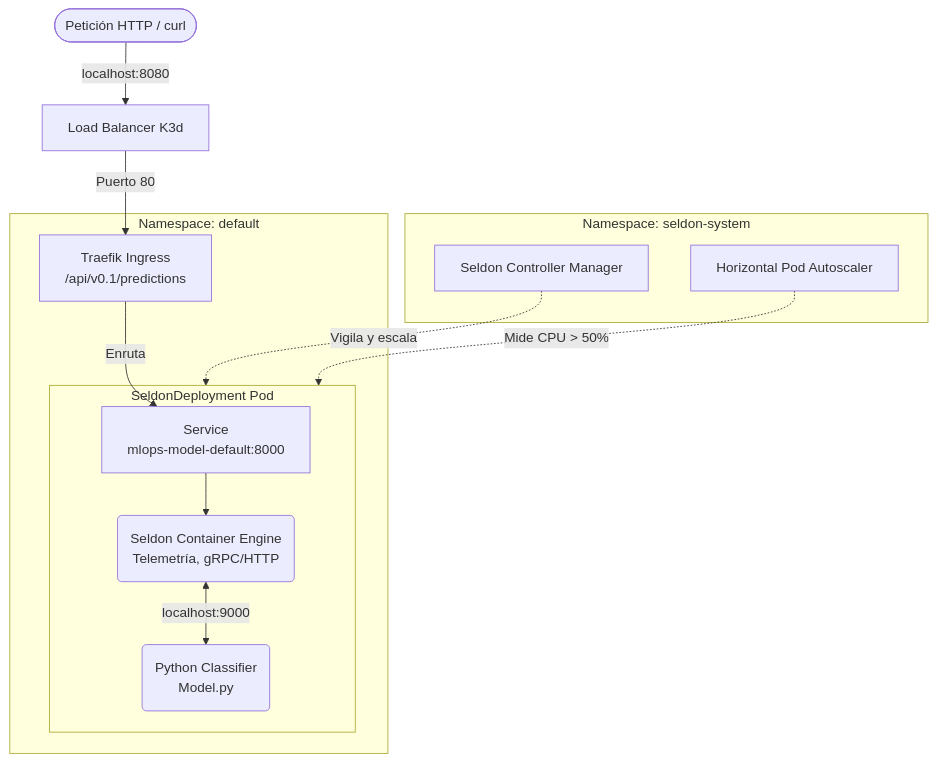
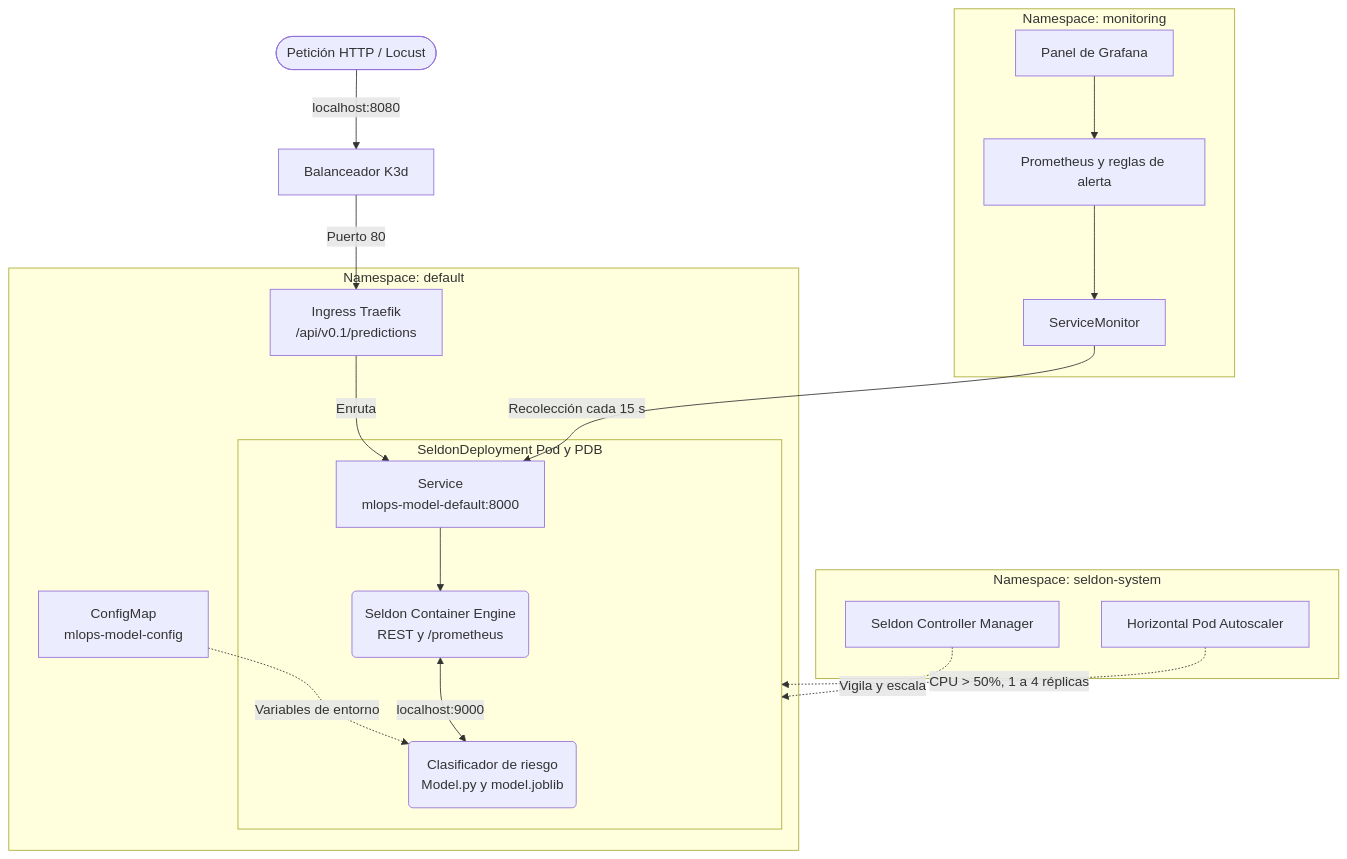
Before and after one commit to alvvos/K3d-Seldon-MLops-Drift: the first of 2 diagrams in README.md, drawn with Mermaid. The commit also changed other lines of this file and 33 other files, not shown here.

````diff
--- a/README.md
+++ b/README.md
@@ -11,19 +44,26 @@
 ```mermaid
 graph TD
-    Client([Petición HTTP / curl]) -->|localhost:8080| LB[Load Balancer K3d]
-    LB -->|Puerto 80| Ingress[Traefik Ingress<br/>/api/v0.1/predictions]
-    
+    Client([Petición HTTP / Locust]) -->|localhost:8080| LB[Balanceador K3d]
+    LB -->|Puerto 80| Ingress[Ingress Traefik<br/>/api/v0.1/predictions]
+
     subgraph K3d Cluster [Namespace: default]
+        ConfigMap[ConfigMap<br/>mlops-model-config] -.->|Variables de entorno| Model
         Ingress -->|Enruta| Service[Service<br/>mlops-model-default:8000]
-        
-        subgraph Pod [SeldonDeployment Pod]
-            Service --> Sidecar(Seldon Container Engine<br/>Telemetría, gRPC/HTTP)
-            Sidecar <-->|localhost:9000| Model(Python Classifier<br/>Model.py)
+
+        subgraph Pod [SeldonDeployment Pod y PDB]
+            Service --> Sidecar(Seldon Container Engine<br/>REST y /prometheus)
+            Sidecar <-->|localhost:9000| Model(Clasificador de riesgo<br/>Model.py y model.joblib)
         end
     end
 
     subgraph Seldon Control Plane [Namespace: seldon-system]
         Operator[Seldon Controller Manager] -.->|Vigila y escala| Pod
-        HPA[Horizontal Pod Autoscaler] -.->|Mide CPU > 50%| Pod
+        HPA[Horizontal Pod Autoscaler] -.->|CPU > 50%, 1 a 4 réplicas| Pod
+    end
+
+    subgraph Observabilidad [Namespace: monitoring]
+        SM[ServiceMonitor] -->|Recolección cada 15 s| Service
+        Prom[Prometheus y reglas de alerta] --> SM
+        Grafana[Panel de Grafana] --> Prom
     end
 ```
````
